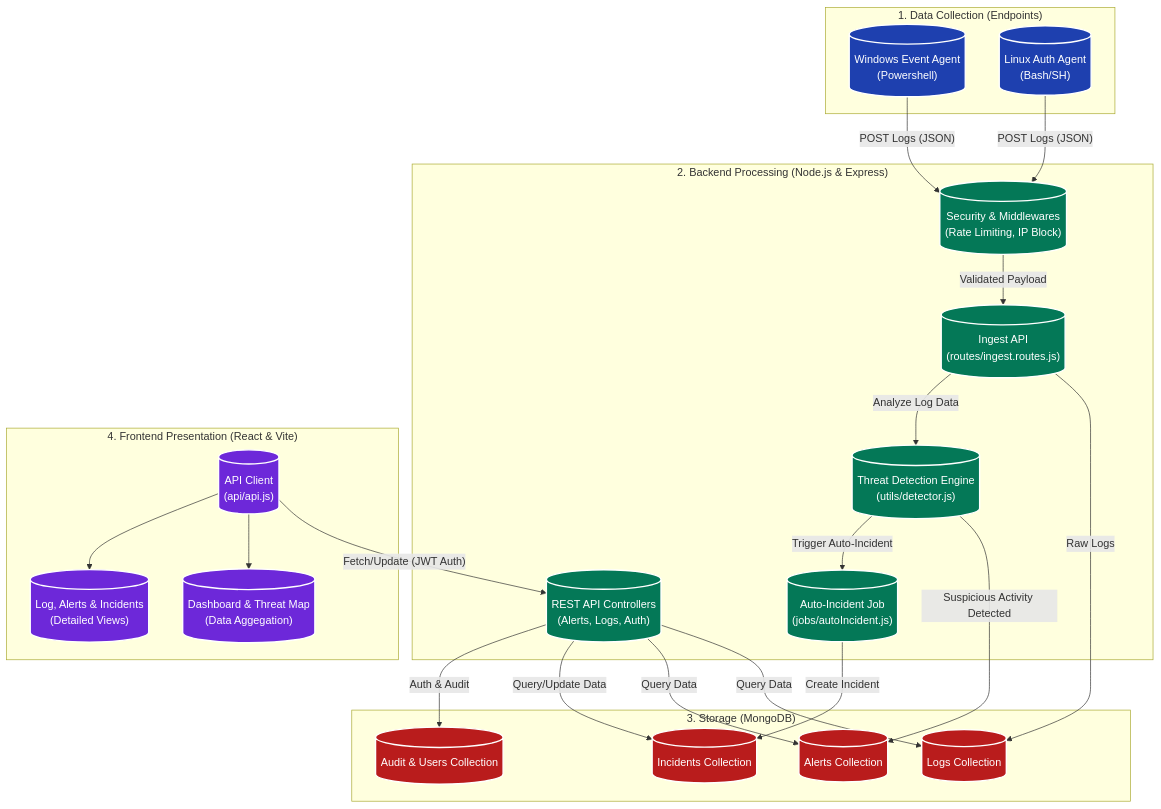
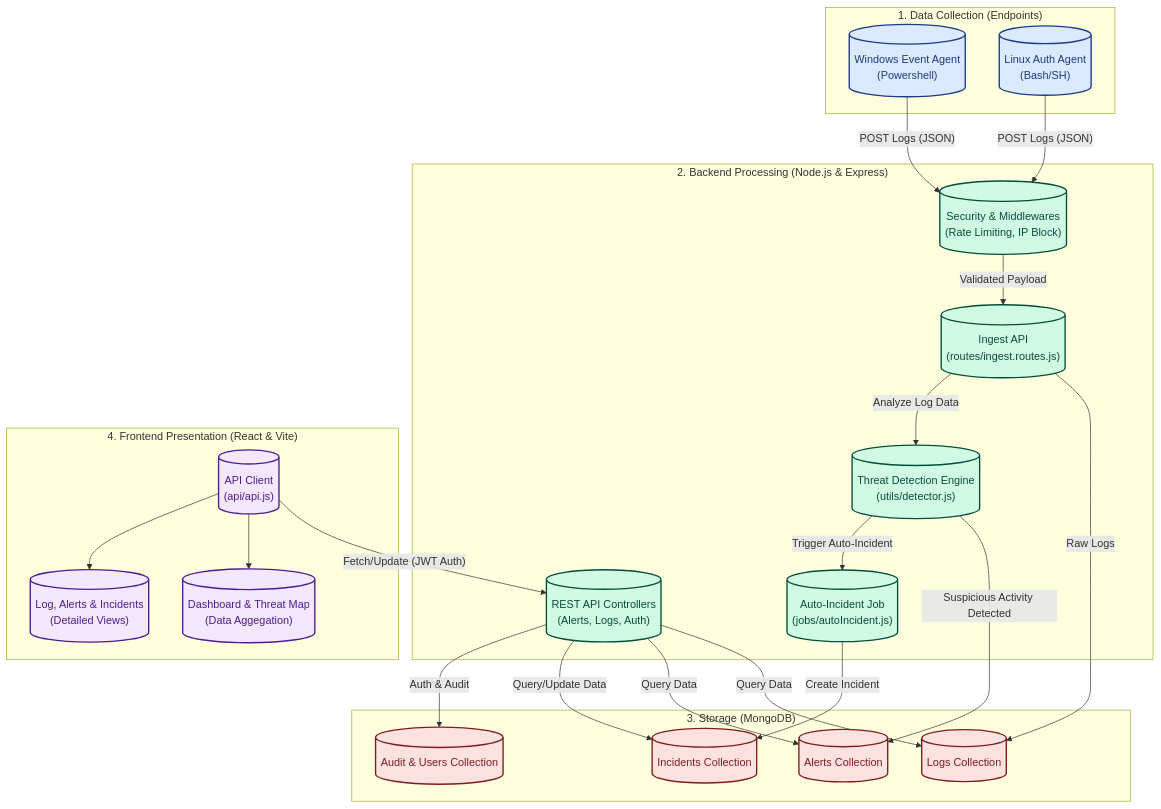
The diagram in docs/DATA_FLOW.md (Het-2004/soc-siem-dashboard), drawn with Mermaid before and after one commit. The commit also changed 1 other file, not shown here.

````diff
--- a/docs/DATA_FLOW.md
+++ b/docs/DATA_FLOW.md
@@ -7,55 +7,56 @@
 ```mermaid
+%%{init: {'theme': 'default'}}%%
 flowchart TD
     %% Define Styles
-    classDef source fill:#1e40af,stroke:#fff,stroke-width:2px,color:#fff
-    classDef backend fill:#047857,stroke:#fff,stroke-width:2px,color:#fff
-    classDef db fill:#b91c1c,stroke:#fff,stroke-width:2px,color:#fff
-    classDef frontend fill:#6d28d9,stroke:#fff,stroke-width:2px,color:#fff
+    classDef source fill:#dbeafe,stroke:#1e3a8a,stroke-width:2px,color:#1e3a8a
+    classDef backend fill:#d1fae5,stroke:#064e3b,stroke-width:2px,color:#064e3b
+    classDef db fill:#fee2e2,stroke:#7f1d1d,stroke-width:2px,color:#7f1d1d
+    classDef frontend fill:#f3e8ff,stroke:#4c1d95,stroke-width:2px,color:#4c1d95
 
     subgraph Data_Sources ["1. Data Collection (Endpoints)"]
         WA[("Windows Event Agent\n(Powershell)")]:::source
         LA[("Linux Auth Agent\n(Bash/SH)")]:::source
     end
 
     subgraph Backend_Processing ["2. Backend Processing (Node.js & Express)"]
         ING[("Ingest API\n(routes/ingest.routes.js)")]:::backend
         MW[("Security & Middlewares\n(Rate Limiting, IP Block)")]:::backend
         DET[("Threat Detection Engine\n(utils/detector.js)")]:::backend
         JOB[("Auto-Incident Job\n(jobs/autoIncident.js)")]:::backend
         API[("REST API Controllers\n(Alerts, Logs, Auth)")]:::backend
     end
 
     subgraph Database ["3. Storage (MongoDB)"]
         DB_LOG[(Logs Collection)]:::db
         DB_ALT[(Alerts Collection)]:::db
         DB_INC[(Incidents Collection)]:::db
         DB_AUD[(Audit & Users Collection)]:::db
     end
 
     subgraph Frontend_UI ["4. Frontend Presentation (React & Vite)"]
         CLIENT[("API Client\n(api/api.js)")]:::frontend
         DASH[("Dashboard & Threat Map\n(Data Aggegation)")]:::frontend
         VIEWS[("Log, Alerts & Incidents\n(Detailed Views)")]:::frontend
     end
 
     %% Flow Connections
     WA -- "POST Logs (JSON)" --> MW
     LA -- "POST Logs (JSON)" --> MW
     
     MW -- "Validated Payload" --> ING
     ING -- "Raw Logs" --> DB_LOG
     ING -- "Analyze Log Data" --> DET
     
     DET -- "Suspicious Activity Detected" --> DB_ALT
     DET -- "Trigger Auto-Incident" --> JOB
     JOB -- "Create Incident" --> DB_INC
 
     CLIENT -- "Fetch/Update (JWT Auth)" --> API
     API -- "Query Data" --> DB_LOG
     API -- "Query Data" --> DB_ALT
     API -- "Query/Update Data" --> DB_INC
     API -- "Auth & Audit" --> DB_AUD
     
     CLIENT --> DASH
     CLIENT --> VIEWS
 ```
````
